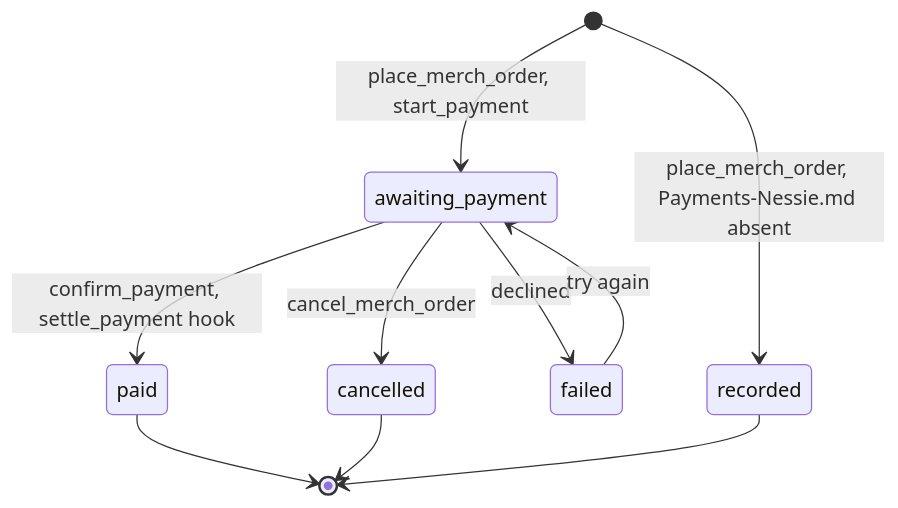
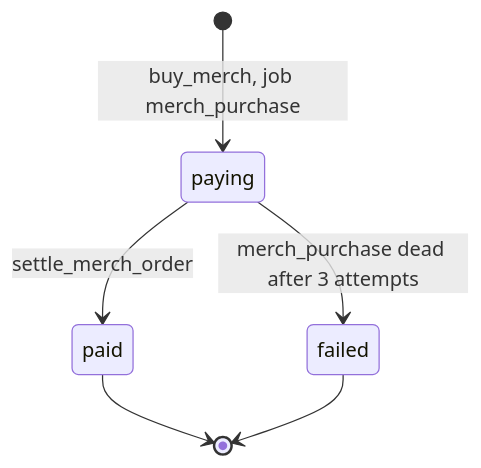
Before and after one commit to viktorinkov/cal-hacks-13: the third of 3 diagrams in System Design/6-features/Merch.md, drawn with Mermaid. The commit also changed other lines of this file and 21 other files, not shown here.

````diff
--- a/System Design/6-features/Merch.md
+++ b/System Design/6-features/Merch.md
@@ -139,12 +146,8 @@
 ```mermaid
 stateDiagram-v2
-    [*] --> awaiting_payment : place_merch_order, start_payment
-    [*] --> recorded : place_merch_order, Payments-Nessie.md absent
-    awaiting_payment --> paid : confirm_payment, settle_payment hook
-    awaiting_payment --> cancelled : cancel_merch_order
-    awaiting_payment --> failed : declined
-    failed --> awaiting_payment : try again
+    [*] --> paying : buy_merch, job merch_purchase
+    paying --> paid : settle_merch_order
+    paying --> failed : merch_purchase dead after 3 attempts
     paid --> [*]
-    recorded --> [*]
-    cancelled --> [*]
+    failed --> [*]
 ```
````
